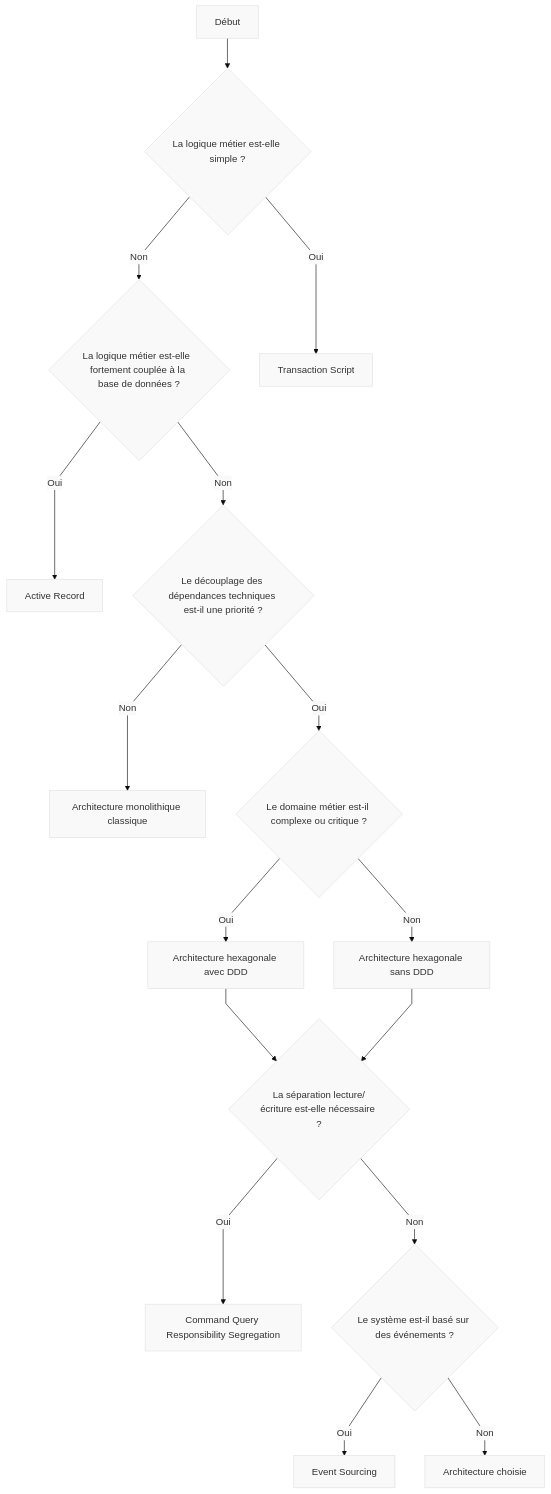
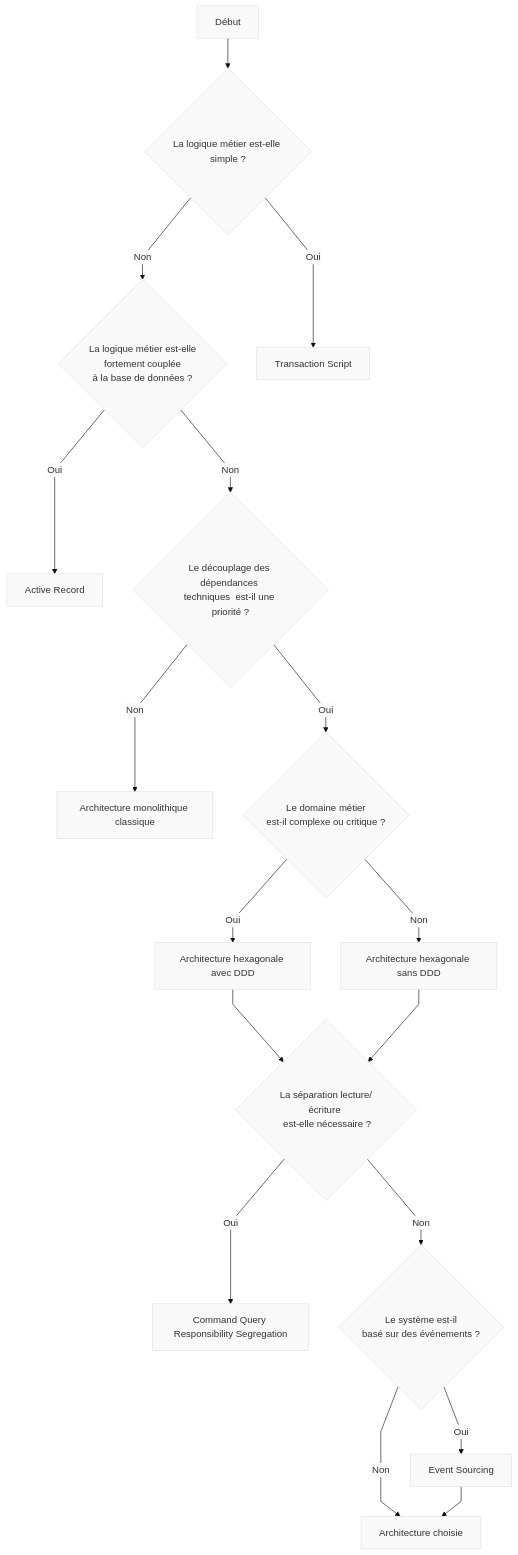
The diagram in content/posts/HowTo/how-to-choose-soft-architecture/index.md (talk-to-the-duck/talk-to-the-duck.github.io), drawn with Mermaid before and after one commit. The commit also changed other lines of this file, not shown here.

Commit message:
Update graph

````diff
--- a/content/posts/HowTo/how-to-choose-soft-architecture/index.md
+++ b/content/posts/HowTo/how-to-choose-soft-architecture/index.md
@@ -36,24 +36,24 @@
 ```mermaid
 %%{ init: { 'theme': 'base', 'themeVariables': { 'primaryColor': '#F9F9F9' }, 'flowchart': { 'curve': 'linear', 'wrap': true, 'textWidth': 150 } } }%%
 
 graph TD
     style B width:120px,height:80px;
     style C width:120px,height:80pxm,wrap:true, textWidth:150px;
     classDef conditionStyle fill:#D9E8FB,stroke:#1E88E5,stroke-width:2,shape:diamond;
 A[Début] --> B{La logique métier est-elle simple ?}
 B -->|Oui| TS[Transaction Script]
-B -->|Non| C{La logique métier est-elle  fortement couplée à la base de données ?}
+B -->|Non| C{La logique métier est-elle <br>  fortement couplée <br/> à la base de données ?}
 C -->|Oui| AR[Active Record]
-C -->|Non| D{Le découplage des dépendances techniques est-il une priorité ?}
+C -->|Non| D{Le découplage des dépendances <br/>techniques  est-il une priorité ?}
 D -->|Non| Monolithic[Architecture monolithique classique]
-D -->|Oui| E{Le domaine métier est-il complexe ou critique ?}
+D -->|Oui| E{Le domaine métier <br/> est-il complexe ou critique ?}
 E -->|Oui| DDD_Hexa[Architecture hexagonale avec DDD]
 E -->|Non| Hexa[Architecture hexagonale sans DDD]
-DDD_Hexa --> F{La séparation lecture/écriture est-elle nécessaire ?}
+DDD_Hexa --> F{La séparation lecture/écriture <br/> est-elle nécessaire ?}
 Hexa --> F
 F -->|Oui| CQRS[Command Query Responsibility Segregation]
-F -->|Non| G{Le système est-il basé sur des événements ?}
+F -->|Non| G{Le système est-il <br/>basé sur des événements ?}
 G -->|Oui| ES[Event Sourcing]
-G -->|Non| Complete[Architecture choisie]
-
+G --> |Non| Complete[Architecture choisie]
+ES --> Complete
 ```
````
